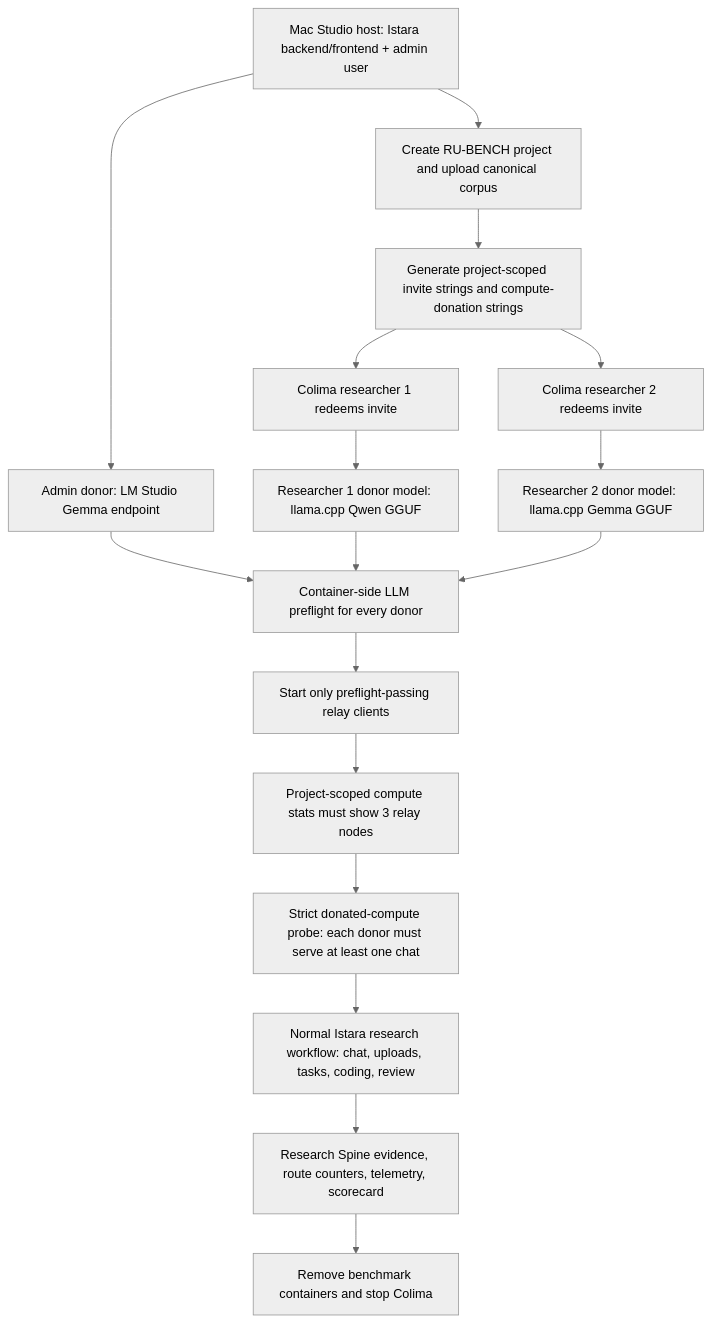
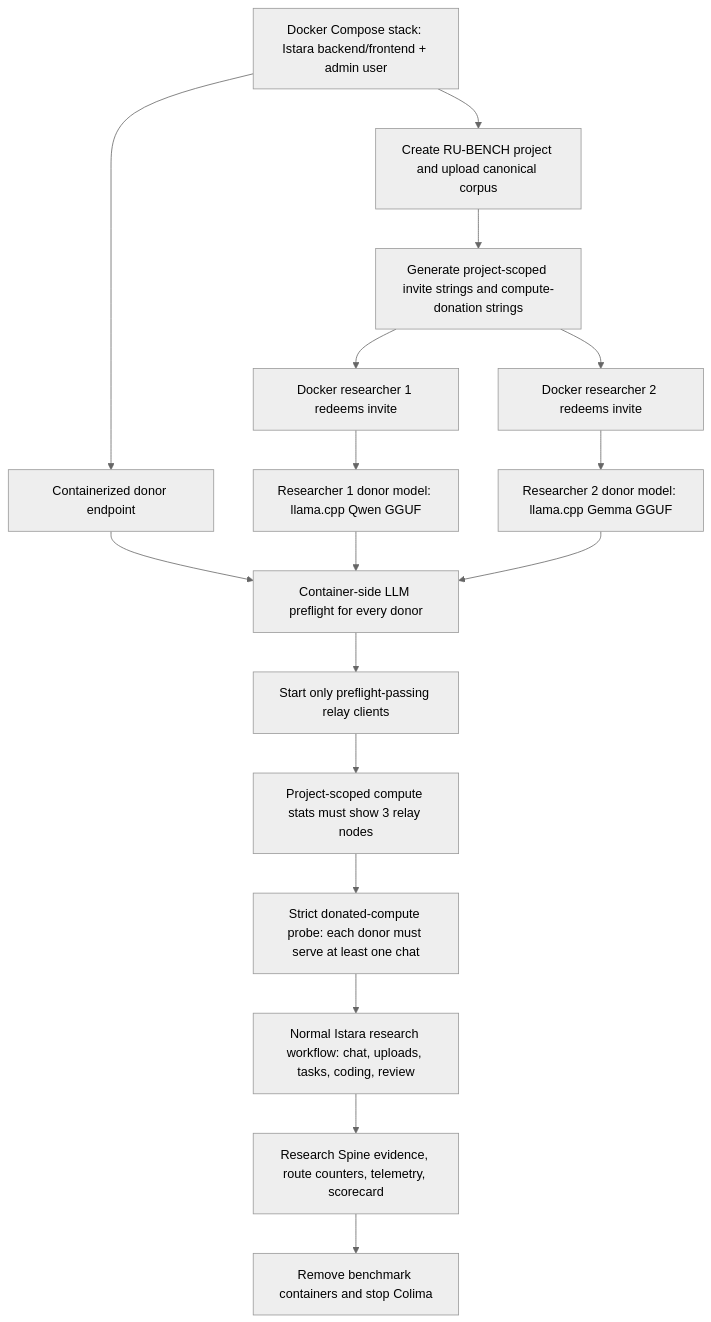
One commit to henrique-simoes/Istara changed the diagram in tests/real_user_benchmark/README.md. Above: the diagram before and after it, drawn with Mermaid (neutral theme). The commit also changed other lines of this file and 1576 other files, not shown here.

````diff
--- a/tests/real_user_benchmark/README.md
+++ b/tests/real_user_benchmark/README.md
@@ -63,19 +127,19 @@
 ```mermaid
 flowchart TD
-  Host["Mac Studio host: Istara backend/frontend + admin user"] --> Project["Create RU-BENCH project and upload canonical corpus"]
-  Host --> AdminDonor["Admin donor: LM Studio Gemma endpoint"]
+  Stack["Docker Compose stack: Istara backend/frontend + admin user"] --> Project["Create RU-BENCH project and upload canonical corpus"]
+  Stack --> AdminDonor["Containerized donor endpoint"]
   Project --> Strings["Generate project-scoped invite strings and compute-donation strings"]
-  Strings --> R1["Colima researcher 1 redeems invite"]
-  Strings --> R2["Colima researcher 2 redeems invite"]
+  Strings --> R1["Docker researcher 1 redeems invite"]
+  Strings --> R2["Docker researcher 2 redeems invite"]
   R1 --> Qwen["Researcher 1 donor model: llama.cpp Qwen GGUF"]
   R2 --> GemmaSmall["Researcher 2 donor model: llama.cpp Gemma GGUF"]
   AdminDonor --> Preflight["Container-side LLM preflight for every donor"]
   Qwen --> Preflight
   GemmaSmall --> Preflight
   Preflight --> Relays["Start only preflight-passing relay clients"]
   Relays --> Stats["Project-scoped compute stats must show 3 relay nodes"]
   Stats --> Probe["Strict donated-compute probe: each donor must serve at least one chat"]
   Probe --> Workflow["Normal Istara research workflow: chat, uploads, tasks, coding, review"]
   Workflow --> Evidence["Research Spine evidence, route counters, telemetry, scorecard"]
   Evidence --> Cleanup["Remove benchmark containers and stop Colima"]
 ```
````
